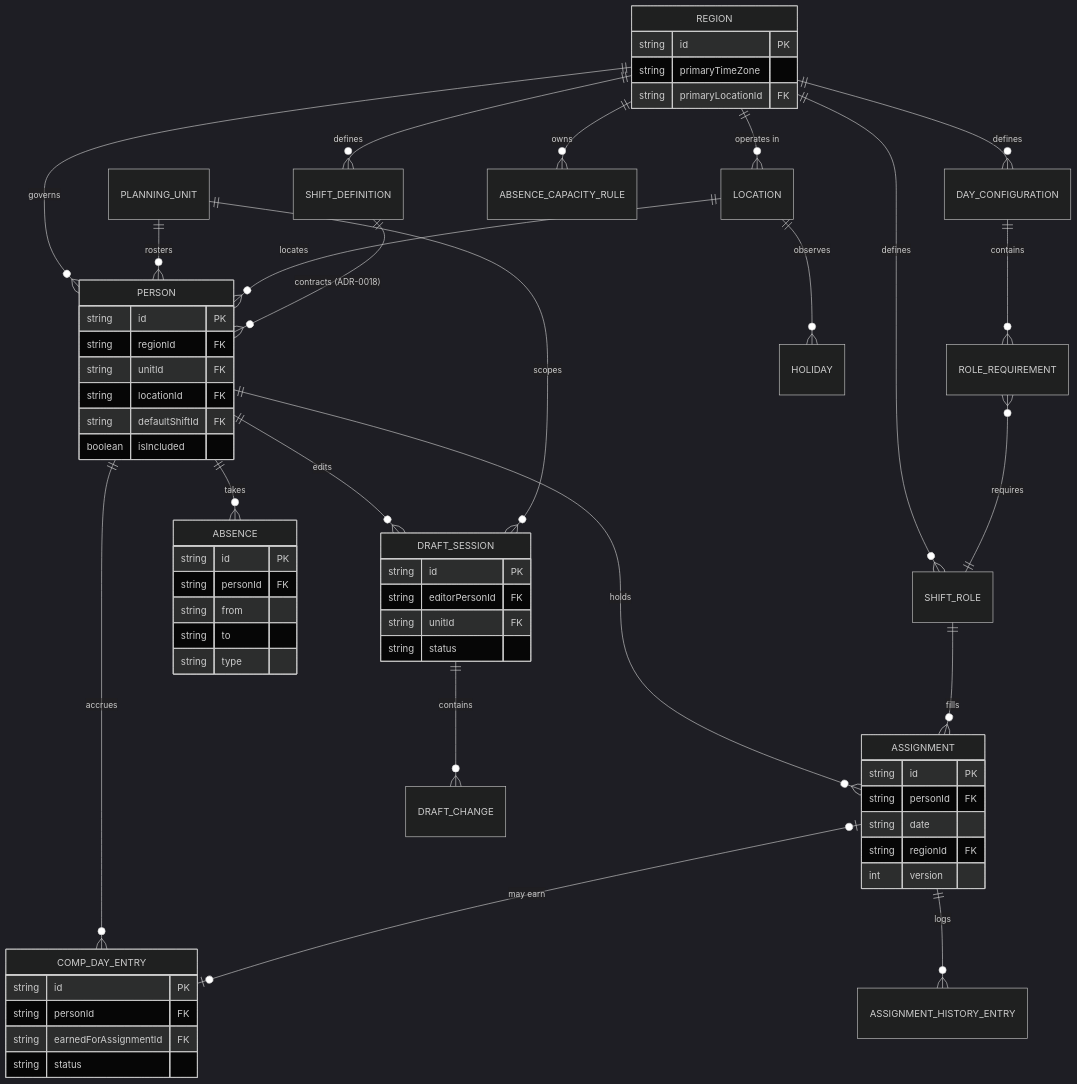
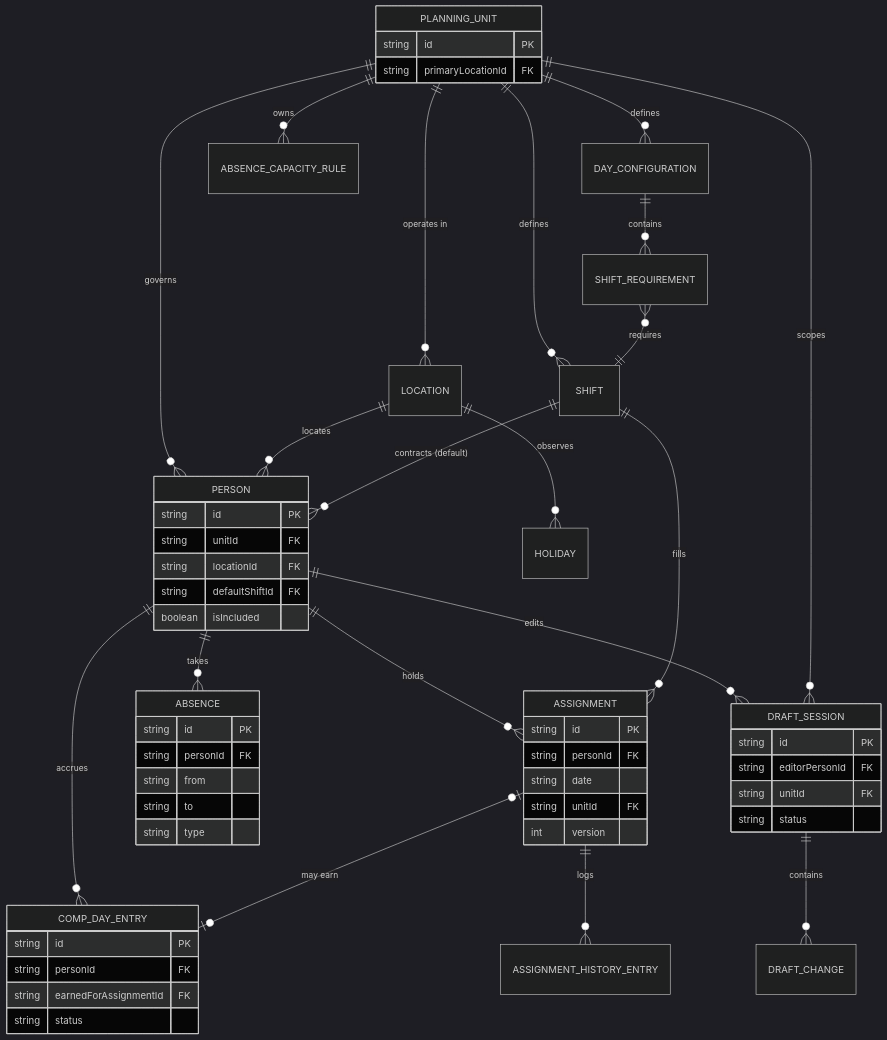
One commit to grishkabarabashka/shift-o-mator changed the first of 3 diagrams in Docs/01-domain-model.md. Above: the diagram before and after it, drawn with Mermaid (dark theme). The commit also changed other lines of this file and 14 other files, not shown here.

Commit message:
docs: ADR-0032/33/34 and domain-model rewrite for the unit-only model

````diff
--- a/Docs/01-domain-model.md
+++ b/Docs/01-domain-model.md
@@ -68,70 +58,65 @@
 ```mermaid
 erDiagram
-    REGION ||--o{ LOCATION : "operates in"
-    REGION ||--o{ SHIFT_ROLE : defines
-    REGION ||--o{ SHIFT_DEFINITION : defines
-    REGION ||--o{ DAY_CONFIGURATION : defines
-    REGION ||--o{ ABSENCE_CAPACITY_RULE : owns
-    REGION ||--o{ PERSON : governs
+    PLANNING_UNIT ||--o{ LOCATION : "operates in"
+    PLANNING_UNIT ||--o{ SHIFT : defines
+    PLANNING_UNIT ||--o{ DAY_CONFIGURATION : defines
+    PLANNING_UNIT ||--o{ ABSENCE_CAPACITY_RULE : owns
+    PLANNING_UNIT ||--o{ PERSON : governs
 
-    DAY_CONFIGURATION ||--o{ ROLE_REQUIREMENT : contains
-    ROLE_REQUIREMENT }o--|| SHIFT_ROLE : requires
-
-    PLANNING_UNIT ||--o{ PERSON : rosters
+    DAY_CONFIGURATION ||--o{ SHIFT_REQUIREMENT : contains
+    SHIFT_REQUIREMENT }o--|| SHIFT : requires
 
     LOCATION ||--o{ PERSON : locates
     LOCATION ||--o{ HOLIDAY : observes
-    SHIFT_DEFINITION ||--o{ PERSON : "contracts (ADR-0018)"
+    SHIFT ||--o{ PERSON : "contracts (default)"
 
     PERSON ||--o{ ASSIGNMENT : holds
     PERSON ||--o{ ABSENCE : takes
     PERSON ||--o{ COMP_DAY_ENTRY : accrues
     PERSON ||--o{ DRAFT_SESSION : edits
 
-    SHIFT_ROLE ||--o{ ASSIGNMENT : fills
+    SHIFT ||--o{ ASSIGNMENT : fills
     ASSIGNMENT |o--o| COMP_DAY_ENTRY : "may earn"
     ASSIGNMENT ||--o{ ASSIGNMENT_HISTORY_ENTRY : logs
 
     DRAFT_SESSION ||--o{ DRAFT_CHANGE : contains
     PLANNING_UNIT ||--o{ DRAFT_SESSION : scopes
 
-    REGION {
+    PLANNING_UNIT {
         string id PK
-        string primaryTimeZone
         string primaryLocationId FK
     }
     PERSON {
         string id PK
-        string regionId FK
         string unitId FK
         string locationId FK
         string defaultShiftId FK
         boolean isIncluded
     }
     ASSIGNMENT {
         string id PK
         string personId FK
         string date
-        string regionId FK
+        string unitId FK
         int version
     }
     ABSENCE {
         string id PK
         string personId FK
         string from
         string to
         string type
     }
     COMP_DAY_ENTRY {
         string id PK
         string personId FK
         string earnedForAssignmentId FK
         string status
     }
     DRAFT_SESSION {
         string id PK
         string editorPersonId FK
         string unitId FK
         string status
     }
 ```
````
